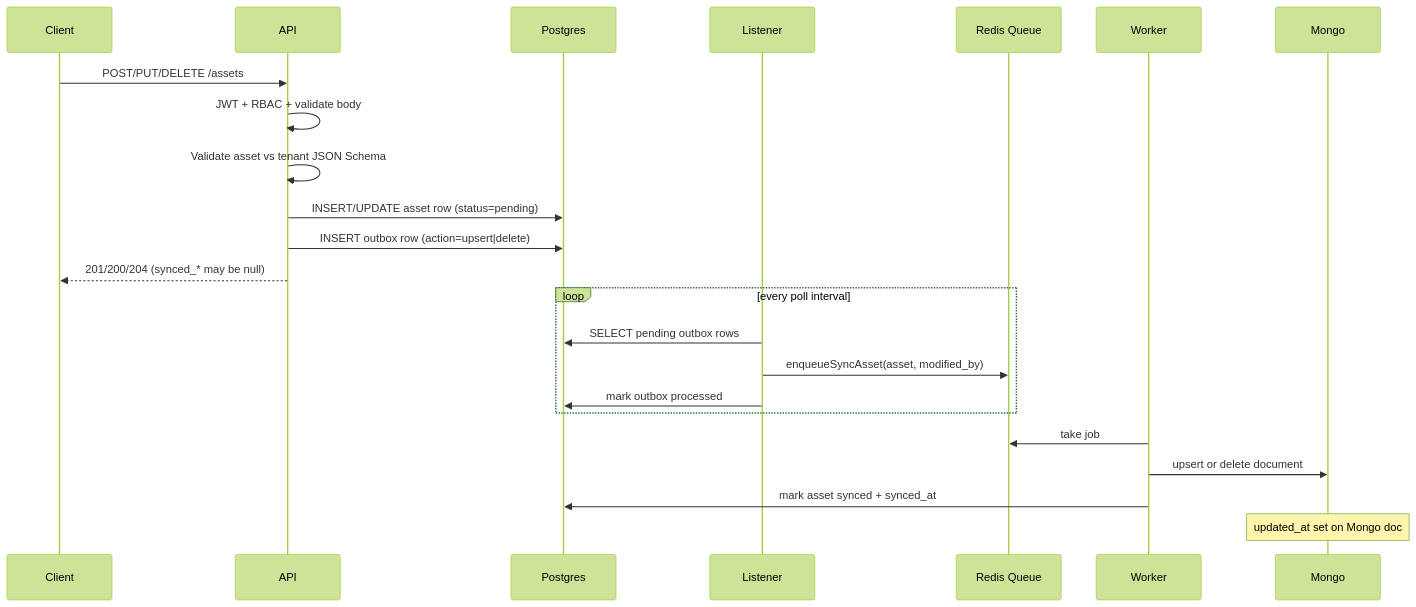
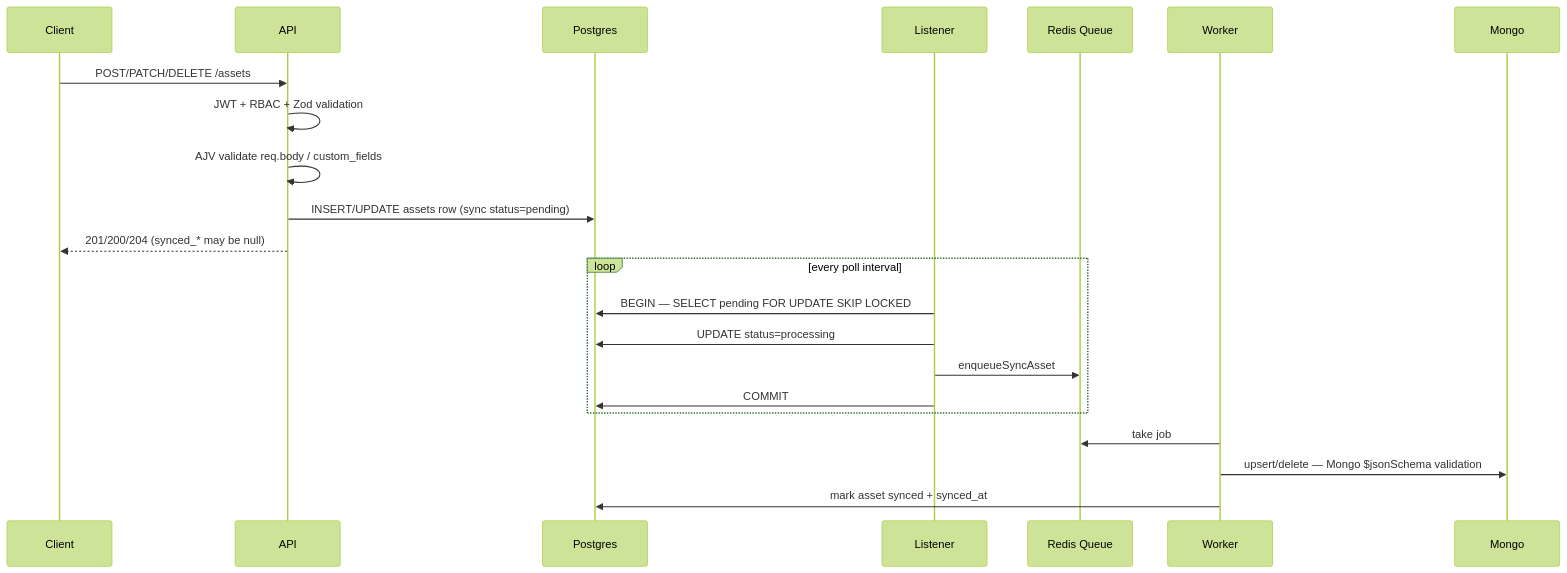
One commit to msroot/voda_ai_homework changed the third of 8 diagrams in ARCHITECTURE.md. Above: the diagram before and after it, drawn with Mermaid (forest theme). The commit also changed other lines of this file, not shown here.

````diff
--- a/ARCHITECTURE.md
+++ b/ARCHITECTURE.md
@@ -102,28 +102,27 @@
 ```mermaid
 sequenceDiagram
   participant C as Client
   participant API as API
   participant PG as Postgres
   participant L as Listener
   participant Q as Redis Queue
   participant W as Worker
   participant MG as Mongo
 
-  C->>API: POST/PUT/DELETE /assets
-  API->>API: JWT + RBAC + validate body
-  API->>API: Validate asset vs tenant JSON Schema
-  API->>PG: INSERT/UPDATE asset row (status=pending)
-  API->>PG: INSERT outbox row (action=upsert|delete)
+  C->>API: POST/PATCH/DELETE /assets
+  API->>API: JWT + RBAC + Zod validation
+  API->>API: AJV validate req.body / custom_fields
+  API->>PG: INSERT/UPDATE assets row (sync status=pending)
   API-->>C: 201/200/204 (synced_* may be null)
 
   loop every poll interval
-    L->>PG: SELECT pending outbox rows
-    L->>Q: enqueueSyncAsset(asset, modified_by)
-    L->>PG: mark outbox processed
+    L->>PG: BEGIN — SELECT pending FOR UPDATE SKIP LOCKED
+    L->>PG: UPDATE status=processing
+    L->>Q: enqueueSyncAsset
+    L->>PG: COMMIT
   end
 
   W->>Q: take job
-  W->>MG: upsert or delete document
+  W->>MG: upsert/delete — Mongo $jsonSchema validation
   W->>PG: mark asset synced + synced_at
-  Note over MG: updated_at set on Mongo doc
 ```
````
